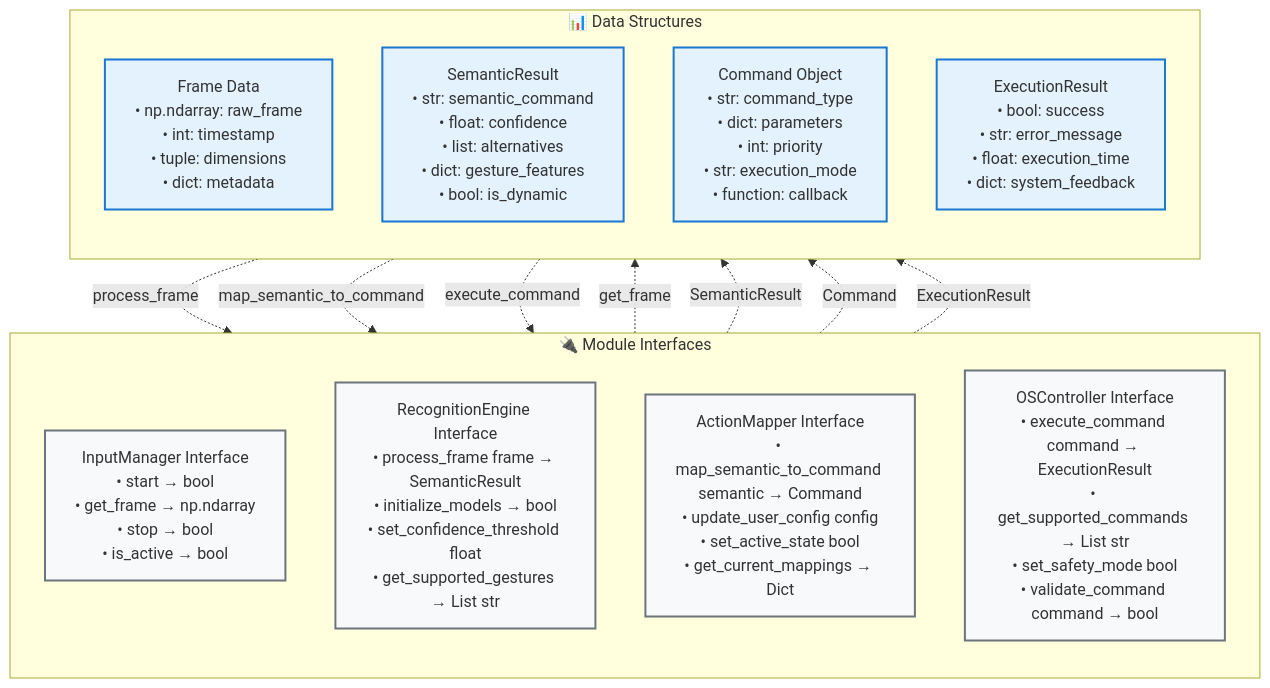
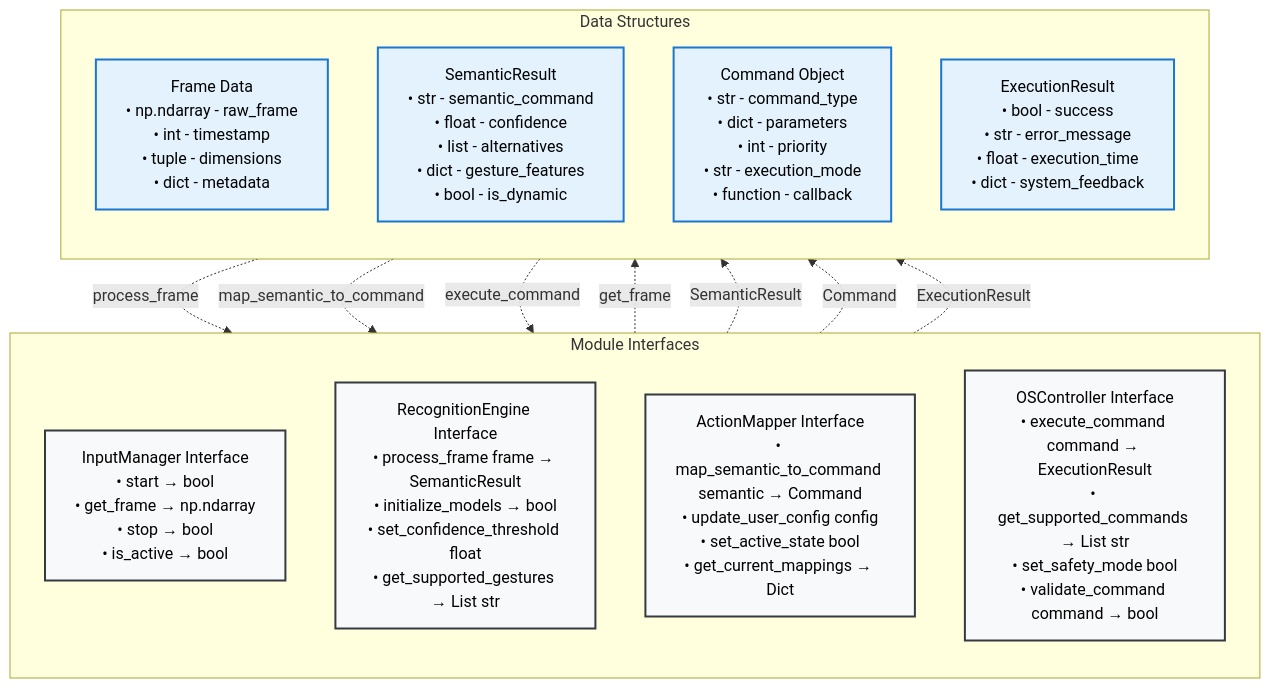
One commit to ntsrigaud/Maestro changed the third of 5 diagrams in docs/Project-Architecture/DETAILED_SYSTEM_ARCHITECTURE.md. Above: the diagram before and after it, drawn with Mermaid. The commit also changed other lines of this file, not shown here.

Commit message:
chore(docs): remove emojis and fix scheme for readability

`````diff
--- a/docs/Project-Architecture/DETAILED_SYSTEM_ARCHITECTURE.md
+++ b/docs/Project-Architecture/DETAILED_SYSTEM_ARCHITECTURE.md
@@ -213,41 +213,42 @@
 ```mermaid
 graph TD
-    %% Styling
-    classDef interface fill:#f8f9fa,stroke:#6c757d,stroke-width:2px
-    classDef dataStruct fill:#e3f2fd,stroke:#1976d2,stroke-width:2px
+    %% Styling with better contrast and readability
+    classDef interface fill:#f8f9fa,stroke:#343a40,stroke-width:2px,color:#000000
+    classDef dataStruct fill:#e3f2fd,stroke:#1976d2,stroke-width:2px,color:#000000
 
     %% Interface Definitions
-    subgraph INTERFACES ["🔌 Module Interfaces"]
+    subgraph INTERFACES ["Module Interfaces"]
         direction TB
 
         INPUT_IF["InputManager Interface<br/>• start → bool<br/>• get_frame → np.ndarray<br/>• stop → bool<br/>• is_active → bool"]:::interface
 
         REC_IF["RecognitionEngine Interface<br/>• process_frame frame → SemanticResult<br/>• initialize_models → bool<br/>• set_confidence_threshold float<br/>• get_supported_gestures → List str"]:::interface
 
         ACTION_IF["ActionMapper Interface<br/>• map_semantic_to_command semantic → Command<br/>• update_user_config config<br/>• set_active_state bool<br/>• get_current_mappings → Dict"]:::interface
 
         OS_IF["OSController Interface<br/>• execute_command command → ExecutionResult<br/>• get_supported_commands → List str<br/>• set_safety_mode bool<br/>• validate_command command → bool"]:::interface
     end
 
     %% Data Structures
-    subgraph DATA_STRUCTS ["📊 Data Structures"]
+    subgraph DATA_STRUCTS ["Data Structures"]
         direction TB
 
-        FRAME_DATA["Frame Data<br/>• np.ndarray: raw_frame<br/>• int: timestamp<br/>• tuple: dimensions<br/>• dict: metadata"]:::dataStruct
+        FRAME_DATA["Frame Data<br/>• np.ndarray - raw_frame<br/>• int - timestamp<br/>• tuple - dimensions<br/>• dict - metadata"]:::dataStruct
 
-        SEMANTIC_RESULT["SemanticResult<br/>• str: semantic_command<br/>• float: confidence<br/>• list: alternatives<br/>• dict: gesture_features<br/>• bool: is_dynamic"]:::dataStruct
+        SEMANTIC_RESULT["SemanticResult<br/>• str - semantic_command<br/>• float - confidence<br/>• list - alternatives<br/>• dict - gesture_features<br/>• bool - is_dynamic"]:::dataStruct
 
-        COMMAND_OBJ["Command Object<br/>• str: command_type<br/>• dict: parameters<br/>• int: priority<br/>• str: execution_mode<br/>• function: callback"]:::dataStruct
+        COMMAND_OBJ["Command Object<br/>• str - command_type<br/>• dict - parameters<br/>• int - priority<br/>• str - execution_mode<br/>• function - callback"]:::dataStruct
 
-        EXEC_RESULT["ExecutionResult<br/>• bool: success<br/>• str: error_message<br/>• float: execution_time<br/>• dict: system_feedback"]:::dataStruct
+        EXEC_RESULT["ExecutionResult<br/>• bool - success<br/>• str - error_message<br/>• float - execution_time<br/>• dict - system_feedback"]:::dataStruct
     end
 
     %% Flow Connections
     INPUT_IF -.->|"get_frame"| FRAME_DATA
     FRAME_DATA -.->|"process_frame"| REC_IF
     REC_IF -.->|"SemanticResult"| SEMANTIC_RESULT
     SEMANTIC_RESULT -.->|"map_semantic_to_command"| ACTION_IF
     ACTION_IF -.->|"Command"| COMMAND_OBJ
     COMMAND_OBJ -.->|"execute_command"| OS_IF
     OS_IF -.->|"ExecutionResult"| EXEC_RESULT
-```
+
+````
`````
